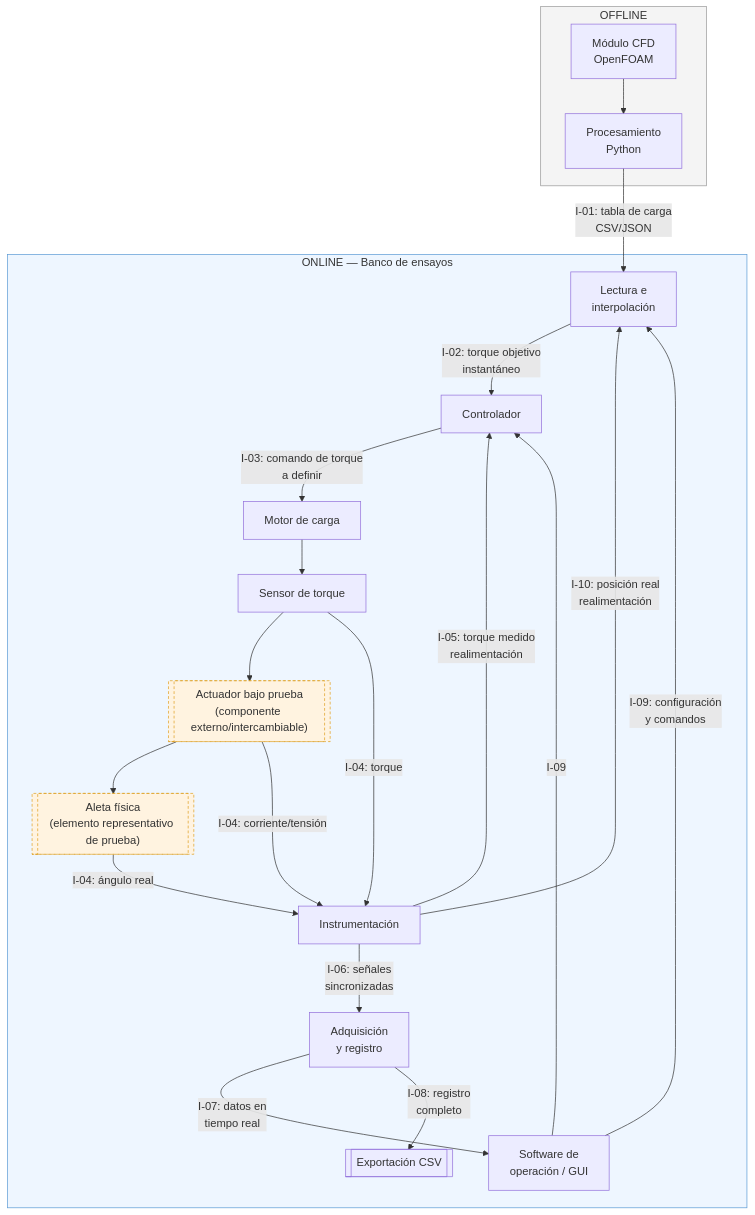
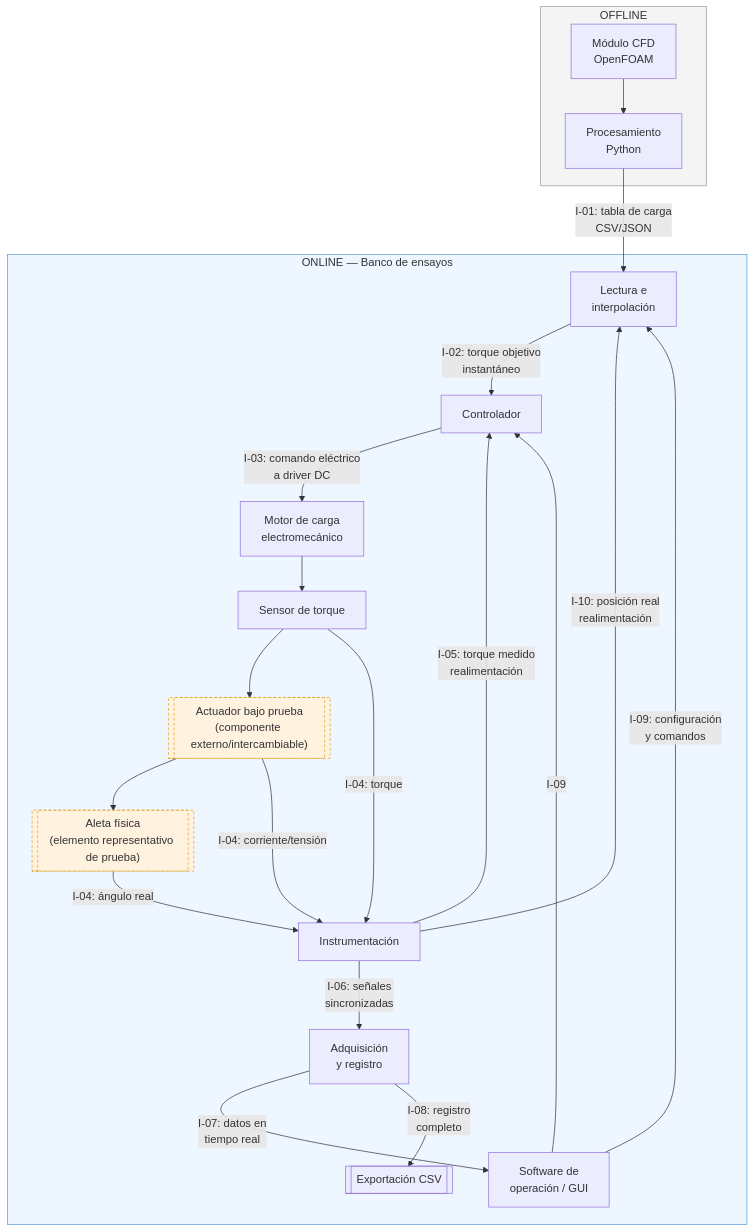
Before and after one commit to Pepe7150/Memoria: the second of 2 diagrams in 03_Requisitos/05_Arquitectura_del_Sistema.md, drawn with Mermaid. The commit also changed other lines of this file and 2 other files, not shown here.

````diff
--- a/03_Requisitos/05_Arquitectura_del_Sistema.md
+++ b/03_Requisitos/05_Arquitectura_del_Sistema.md
@@ -134,43 +137,43 @@
 ```mermaid
 flowchart TB
     subgraph OFF["OFFLINE"]
         CFD[Módulo CFD<br/>OpenFOAM]
         PROC[Procesamiento<br/>Python]
         CFD --> PROC
     end
 
     PROC -->|I-01: tabla de carga<br/>CSV/JSON| INT
 
     subgraph ON["ONLINE — Banco de ensayos"]
         INT[Lectura e<br/>interpolación]
         CTRL[Controlador]
-        LOADM[Motor de carga]
+        LOADM[Motor de carga<br/>electromecánico]
         TSENS[Sensor de torque]
         ACT[["Actuador bajo prueba<br/>(componente externo/intercambiable)"]]
         FIN[["Aleta física<br/>(elemento representativo de prueba)"]]
         INSTR[Instrumentación]
         DAQ[Adquisición<br/>y registro]
         UI[Software de<br/>operación / GUI]
 
         INT -->|I-02: torque objetivo<br/>instantáneo| CTRL
-        CTRL -->|I-03: comando de torque<br/>a definir| LOADM
+        CTRL -->|I-03: comando eléctrico<br/>a driver DC| LOADM
         LOADM --> TSENS
         TSENS --> ACT
         ACT --> FIN
         TSENS -->|I-04: torque| INSTR
         FIN -->|I-04: ángulo real| INSTR
         ACT -->|I-04: corriente/tensión| INSTR
         INSTR -->|I-05: torque medido<br/>realimentación| CTRL
         INSTR -->|I-10: posición real<br/>realimentación| INT
         INSTR -->|I-06: señales<br/>sincronizadas| DAQ
         DAQ -->|I-07: datos en<br/>tiempo real| UI
         DAQ -->|I-08: registro<br/>completo| EXP[[Exportación CSV]]
         UI -->|I-09: configuración<br/>y comandos| INT
         UI -->|I-09| CTRL
     end
 
     style OFF fill:#f4f4f4,stroke:#999
     style ON fill:#eef6ff,stroke:#5b9bd5
     style ACT fill:#fff3e0,stroke:#e0a020,stroke-dasharray: 4 3
     style FIN fill:#fff3e0,stroke:#e0a020,stroke-dasharray: 4 3
 ```
````
